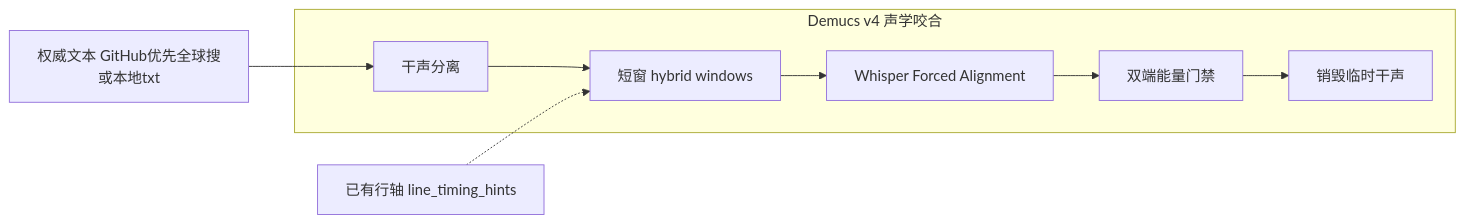
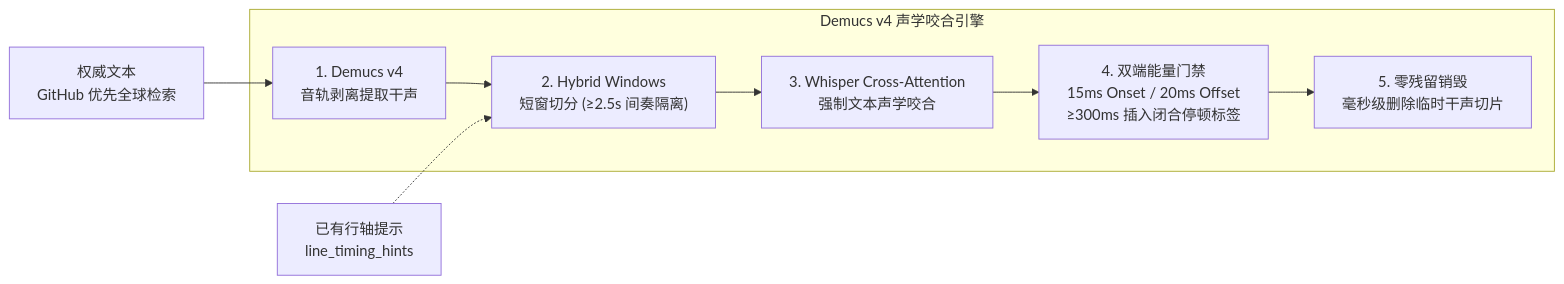
One commit to sxsxhhi/music-tag-lyrics changed the third of 3 diagrams in README.md. Above: the diagram before and after it, drawn with Mermaid. The commit also changed other lines of this file, not shown here.

Commit message:
docs: 全面美化 README 视觉呈现、升级多源调度与封面梯级拓扑图

````diff
--- a/README.md
+++ b/README.md
@@ -110,13 +176,14 @@
 ```mermaid
 flowchart LR
-  subgraph gpu [Demucs v4 声学咬合]
-    Vocals[干声分离]
-    Win[短窗 hybrid windows]
-    FA[Whisper Forced Alignment]
-    Gate[双端能量门禁]
-    Wipe[销毁临时干声]
+  subgraph demucs_pipeline ["Demucs v4 声学咬合引擎"]
+    Vocals["1. Demucs v4<br/>音轨剥离提取干声"]
+    Win["2. Hybrid Windows<br/>短窗切分 (≥2.5s 间奏隔离)"]
+    FA["3. Whisper Cross-Attention<br/>强制文本声学咬合"]
+    Gate["4. 双端能量门禁<br/>15ms Onset / 20ms Offset<br/>≥300ms 插入闭合停顿标签"]
+    Wipe["5. 零残留销毁<br/>毫秒级删除临时干声切片"]
     Vocals --> Win --> FA --> Gate --> Wipe
   end
-  Text[权威文本 GitHub优先全球搜或本地txt] --> Vocals
-  Hints[已有行轴 line_timing_hints] -.-> Win
+
+  AuthorityText["权威文本<br/>GitHub 优先全球检索"] --> Vocals
+  LineHints["已有行轴提示<br/>line_timing_hints"] -.-> Win
 ```
````
